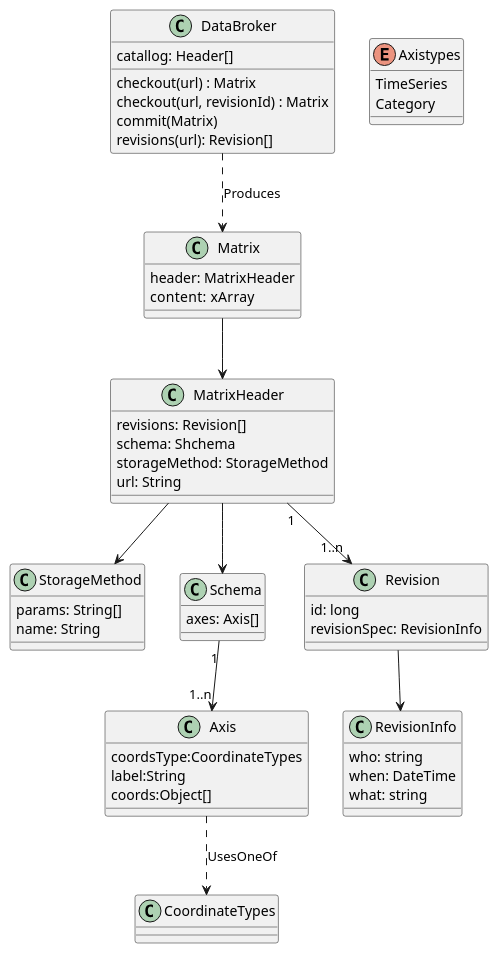
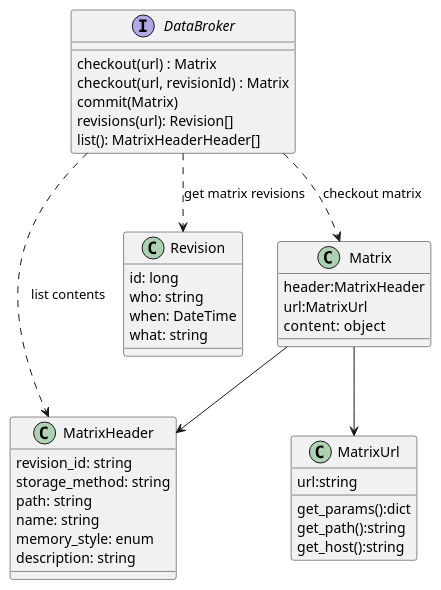
Before and after one commit to developmentseed/python-seed: the diagram in docs/uml/DataBroker.puml, drawn with PlantUML. The commit also changed 16 other files, not shown here.

```diff
--- a/docs/uml/DataBroker.puml
+++ b/docs/uml/DataBroker.puml
@@ -1,67 +1,49 @@
 @startuml
 
-class StorageMethod{
-    params: String[]
-    name: String
+class MatrixUrl{
+    url:string
+    get_params():dict
+    get_path():string
+    get_host():string
 }
-class Schema{
-  axes: Axis[]
-}
+
 class MatrixHeader{
-  revisions: Revision[]
-  schema: Shchema
-  storageMethod: StorageMethod
-  url: String
+    revision_id: string
+    storage_method: string
+    path: string
+    name: string
+    memory_style: enum
+    description: string
 }
 
 class Revision{
     id: long
-    revisionSpec: RevisionInfo
-}
-
-class RevisionInfo{
-    who: string
+     who: string
     when: DateTime
     what: string
 }
 
-
-
-class DataBroker{
+class Matrix {
+    header:MatrixHeader
+    url:MatrixUrl
+    content:  object
+}
+interface DataBroker{
     checkout(url) : Matrix
     checkout(url, revisionId) : Matrix
     commit(Matrix)
     revisions(url): Revision[]
-    catallog: Header[]
+    list(): MatrixHeaderHeader[]
+
 
 }
-
-class Matrix {
-    header: MatrixHeader
-    content:  xArray
-}
-
-class Axis{
-    coordsType:CoordinateTypes
-    label:String
-    coords:Object[]
-}
-
-enum Axistypes {
-  TimeSeries
-  Category
-}
+Matrix  --> MatrixHeader
+Matrix --> MatrixUrl
+DataBroker ..> Matrix : checkout matrix
+DataBroker ..> Revision: get matrix revisions
+DataBroker ..> MatrixHeader: list contents
 
 
 
 
-MatrixHeader  --> Schema
-MatrixHeader  "1"--> "1..n" Revision
-Matrix  --> MatrixHeader
-MatrixHeader  --> StorageMethod
-DataBroker ..> Matrix : Produces
-Axis ..> CoordinateTypes : UsesOneOf
-Revision --> RevisionInfo
-Schema "1"-->  "1..n" Axis
-
 @enduml
```
